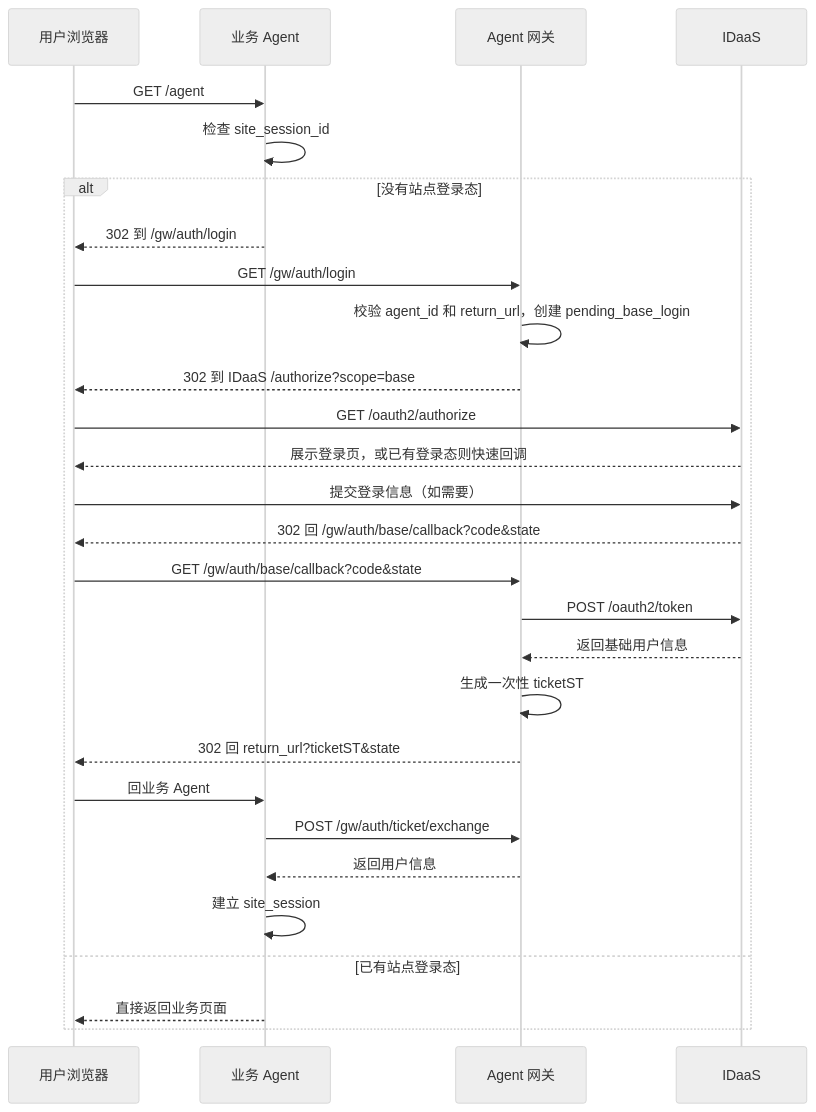
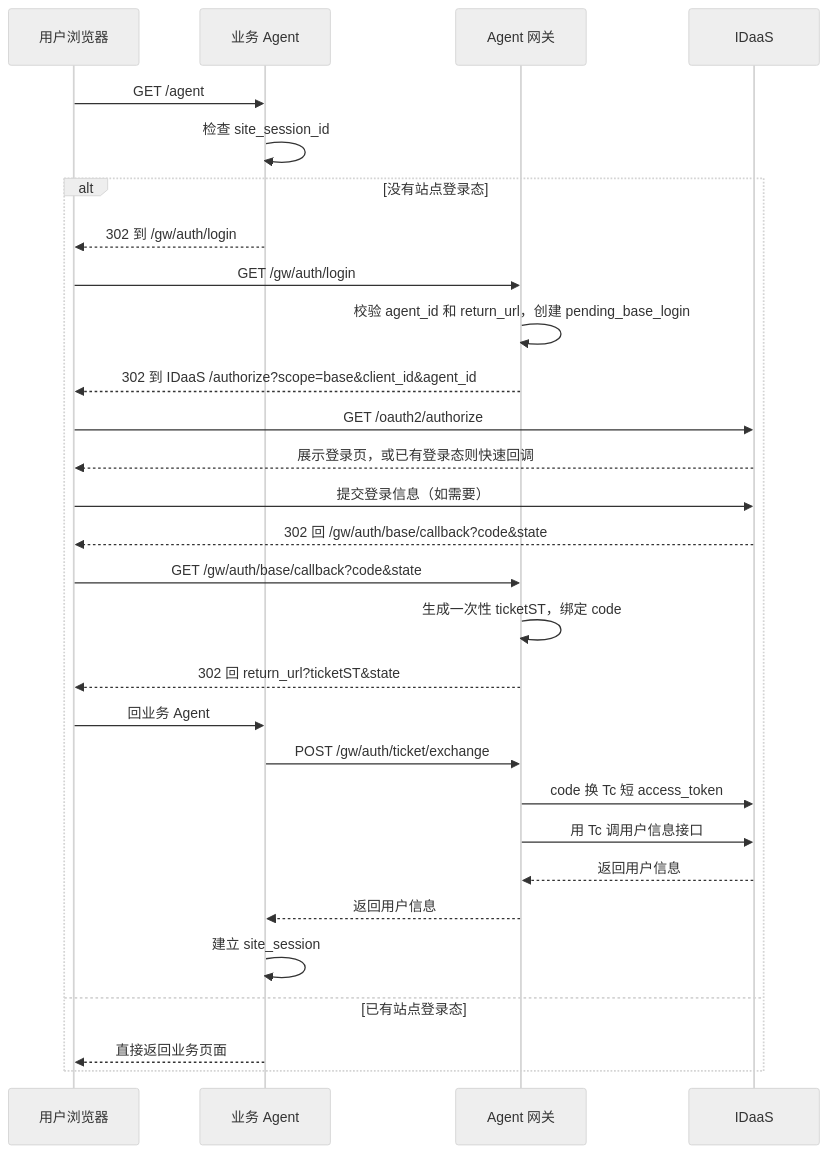
One commit to xuning117634-ux/auth-design-spec changed the second of 3 diagrams in docs/final_design/02_引入Agent网关版方案.md. Above: the diagram before and after it, drawn with Mermaid (neutral theme). The commit also changed other lines of this file and 51 other files, not shown here.

````diff
--- a/docs/final_design/02_引入Agent网关版方案.md
+++ b/docs/final_design/02_引入Agent网关版方案.md
@@ -217,32 +249,33 @@
 ```mermaid
 sequenceDiagram
     participant 用户 as 用户浏览器
     participant Agent as 业务 Agent
     participant GW as Agent 网关
     participant IDaaS as IDaaS
 
     用户->>Agent: GET /agent
     Agent->>Agent: 检查 site_session_id
 
     alt 没有站点登录态
         Agent-->>用户: 302 到 /gw/auth/login
         用户->>GW: GET /gw/auth/login
         GW->>GW: 校验 agent_id 和 return_url，创建 pending_base_login
-        GW-->>用户: 302 到 IDaaS /authorize?scope=base
+        GW-->>用户: 302 到 IDaaS /authorize?scope=base&client_id&agent_id
         用户->>IDaaS: GET /oauth2/authorize
         IDaaS-->>用户: 展示登录页，或已有登录态则快速回调
         用户->>IDaaS: 提交登录信息（如需要）
         IDaaS-->>用户: 302 回 /gw/auth/base/callback?code&state
         用户->>GW: GET /gw/auth/base/callback?code&state
-        GW->>IDaaS: POST /oauth2/token
-        IDaaS-->>GW: 返回基础用户信息
-        GW->>GW: 生成一次性 ticketST
+        GW->>GW: 生成一次性 ticketST，绑定 code
         GW-->>用户: 302 回 return_url?ticketST&state
         用户->>Agent: 回业务 Agent
         Agent->>GW: POST /gw/auth/ticket/exchange
+        GW->>IDaaS: code 换 Tc 短 access_token
+        GW->>IDaaS: 用 Tc 调用户信息接口
+        IDaaS-->>GW: 返回用户信息
         GW-->>Agent: 返回用户信息
         Agent->>Agent: 建立 site_session
     else 已有站点登录态
         Agent-->>用户: 直接返回业务页面
     end
 ```
````
